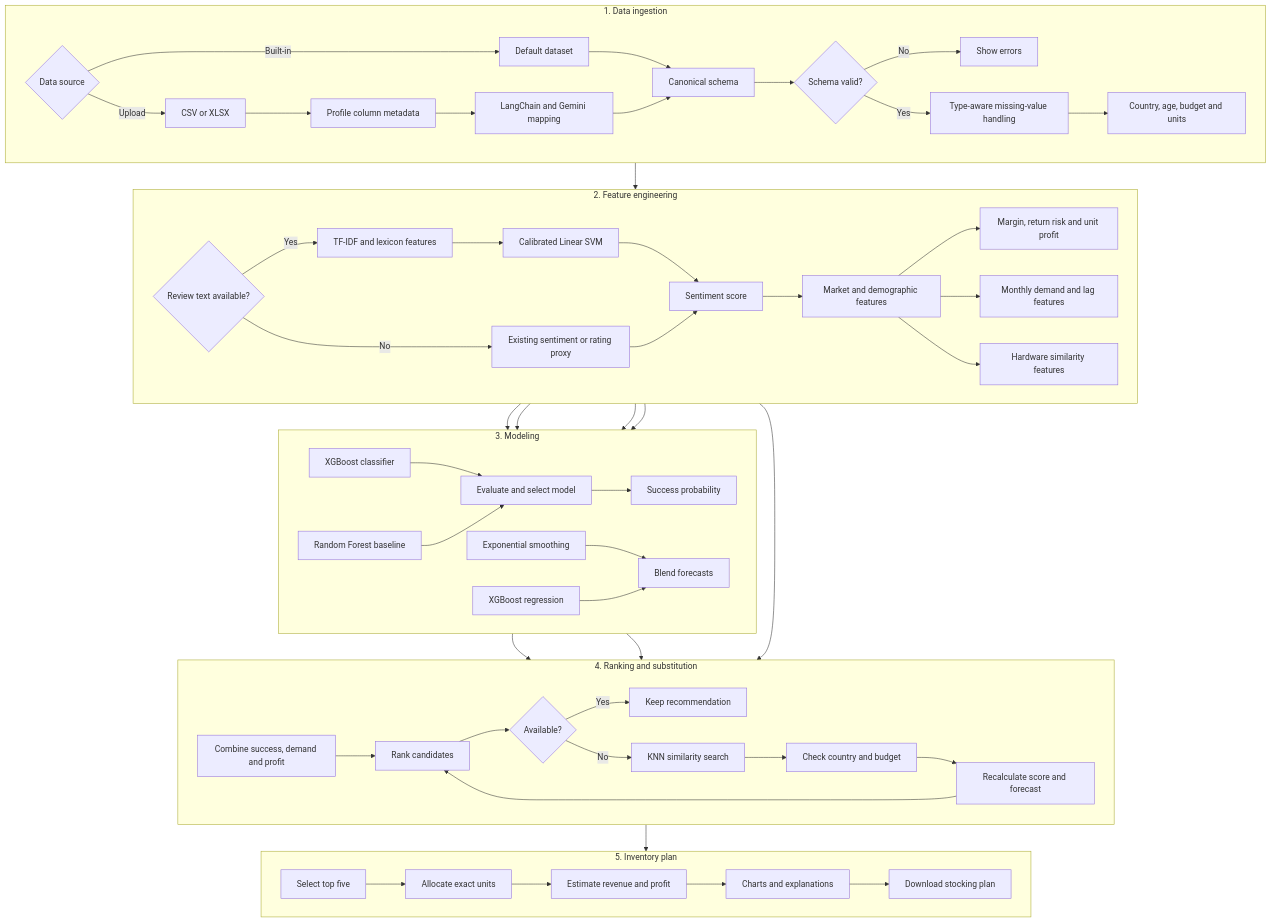
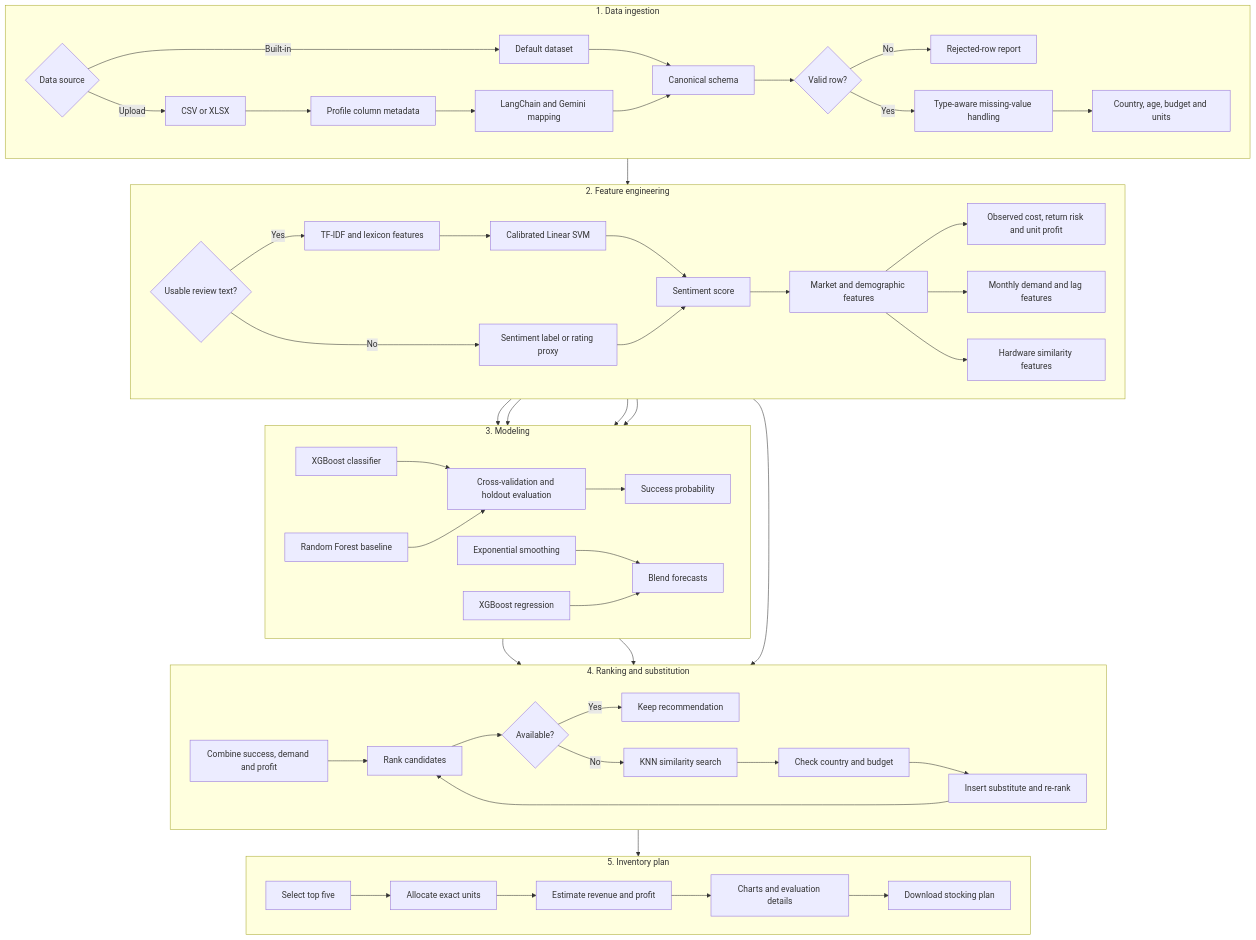
The diagram in README.md (sameerkumar01/ML_restocking_tool), drawn with Mermaid before and after one commit. The commit also changed other lines of this file, not shown here.

````diff
--- a/README.md
+++ b/README.md
@@ -25,68 +26,68 @@
 ```mermaid
 flowchart TB
     subgraph INPUT["1. Data ingestion"]
         direction LR
         A{Data source} -->|Built-in| B[Default dataset]
         A -->|Upload| C[CSV or XLSX]
         C --> D[Profile column metadata]
         D --> E[LangChain and Gemini mapping]
         B --> F[Canonical schema]
         E --> F
-        F --> G{Schema valid?}
-        G -->|No| H[Show errors]
+        F --> G{Valid row?}
+        G -->|No| H[Rejected-row report]
         G -->|Yes| I[Type-aware missing-value handling]
         I --> J[Country, age, budget and units]
     end
 
     subgraph FEATURES["2. Feature engineering"]
         direction LR
-        K{Review text available?}
+        K{Usable review text?}
         K -->|Yes| L[TF-IDF and lexicon features]
         L --> M[Calibrated Linear SVM]
-        K -->|No| N[Existing sentiment or rating proxy]
+        K -->|No| N[Sentiment label or rating proxy]
         M --> O[Sentiment score]
         N --> O
         O --> P[Market and demographic features]
-        P --> Q[Margin, return risk and unit profit]
+        P --> Q[Observed cost, return risk and unit profit]
         P --> R[Monthly demand and lag features]
         P --> S[Hardware similarity features]
     end
 
     subgraph MODELS["3. Modeling"]
         direction LR
         Q --> T[XGBoost classifier]
         Q --> U[Random Forest baseline]
-        T --> V[Evaluate and select model]
+        T --> V[Cross-validation and holdout evaluation]
         U --> V
         V --> W[Success probability]
         R --> X[Exponential smoothing]
         R --> Y[XGBoost regression]
         X --> Z[Blend forecasts]
         Y --> Z
     end
 
     subgraph SUBSTITUTE["4. Ranking and substitution"]
         direction LR
         W --> AA[Combine success, demand and profit]
         Z --> AA
         AA --> AB[Rank candidates]
         AB --> AC{Available?}
         AC -->|Yes| AD[Keep recommendation]
         AC -->|No| AE[KNN similarity search]
         S --> AE
         AE --> AF[Check country and budget]
-        AF --> AG[Recalculate score and forecast]
+        AF --> AG[Insert substitute and re-rank]
         AG --> AB
     end
 
     subgraph OUTPUT["5. Inventory plan"]
         direction LR
         AH[Select top five] --> AI[Allocate exact units]
         AI --> AJ[Estimate revenue and profit]
-        AJ --> AK[Charts and explanations]
+        AJ --> AK[Charts and evaluation details]
         AK --> AL[Download stocking plan]
     end
 
     J --> K
     AD --> AH
 ```
````
